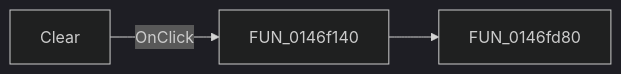
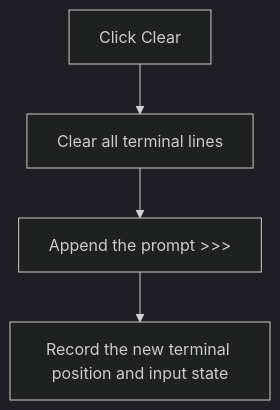
One commit to MovGP0/TIARA changed the diagram in docs/ui-controls/pymainform/mnclearterminal-6d3187c9c6.md. Above: the diagram before and after it, drawn with Mermaid (dark theme). The commit also changed other lines of this file and 1062 other files, not shown here.

````diff
--- a/docs/ui-controls/pymainform/mnclearterminal-6d3187c9c6.md
+++ b/docs/ui-controls/pymainform/mnclearterminal-6d3187c9c6.md
@@ -27,5 +29,6 @@
 ```mermaid
-flowchart LR
-    control["Clear"] -->|OnClick| handler["FUN_0146f140"]
-    handler --> call1["FUN_0146fd80"]
+flowchart TD
+    control["Click Clear"] --> clear["Clear all terminal lines"]
+    clear --> prompt["Append the prompt >>>"]
+    prompt --> state["Record the new terminal position and input state"]
 ```
````
